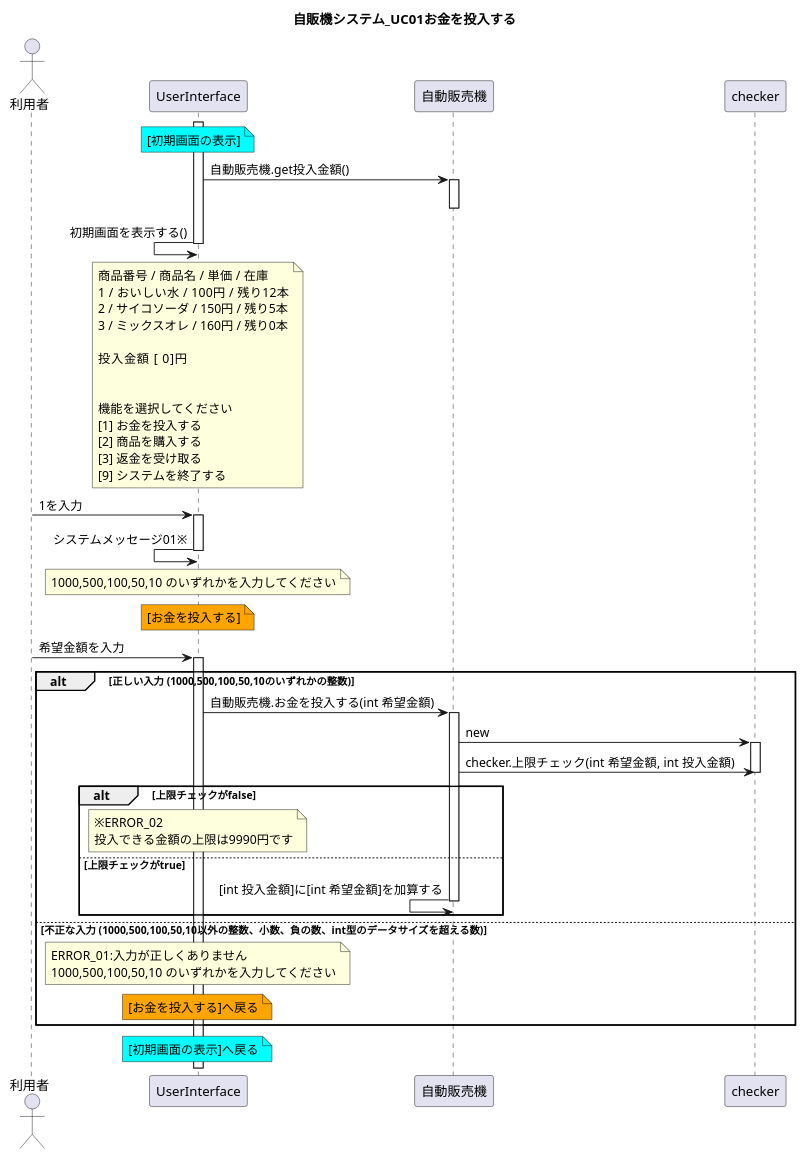
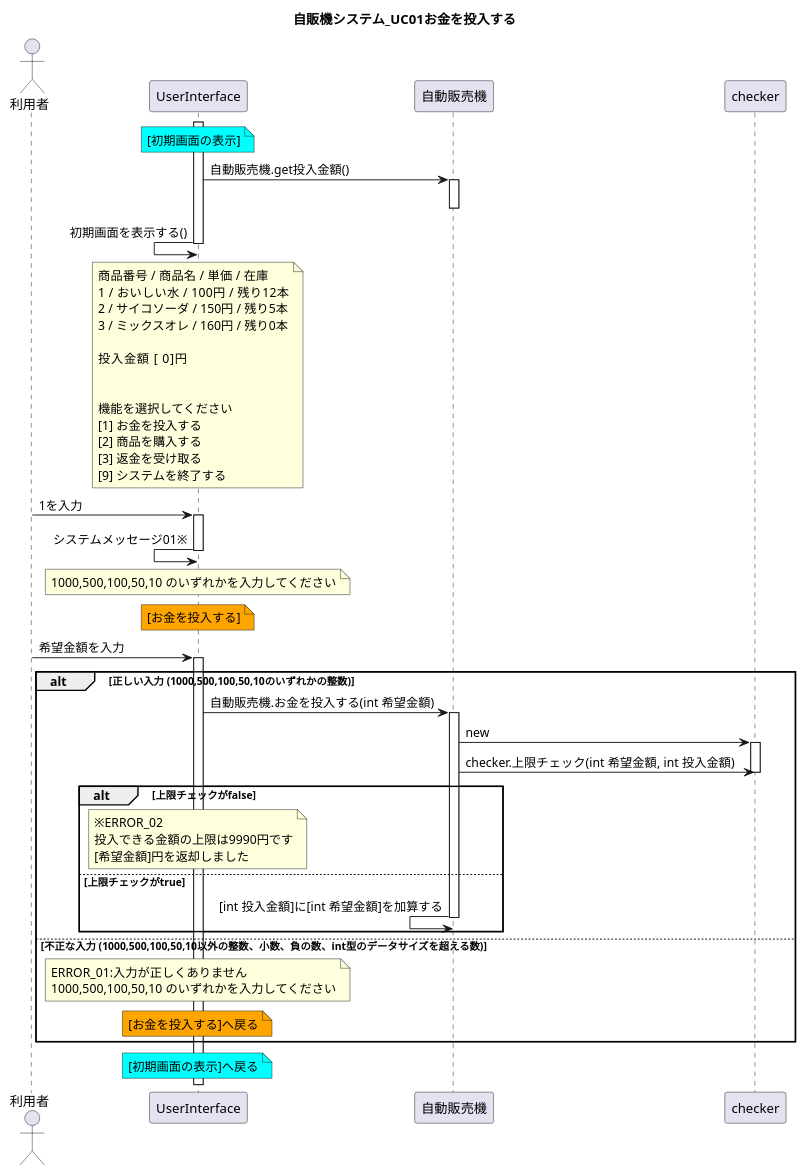
The diagram in UML_class_sequence/VendingMachine_sequence01.puml (W-Nakayama-24/VendingMachine_CUI), drawn with PlantUML before and after one commit. The commit also changed 1 other file, not shown here.

Commit message:
FIX sequence01_errorMessage02
【入力金額は正常だが、投入金額の上限を超える場合】 エラーの通知だけでなく、入力金額を返却したことを示す文言を追加
以上の修正をシーケンス図に反映

```diff
--- a/UML_class_sequence/VendingMachine_sequence01.puml
+++ b/UML_class_sequence/VendingMachine_sequence01.puml
@@ -1,91 +1,92 @@
 @startuml
 title 自販機システム_UC01お金を投入する
 
 actor 利用者
 
 activate UserInterface
 
 note over UserInterface #Cyan
 [初期画面の表示]
 end note
 UserInterface -> 自動販売機 : 自動販売機.get投入金額()
 activate 自動販売機
 deactivate 自動販売機
 UserInterface <- UserInterface : 初期画面を表示する()
     note over UserInterface
     商品番号 / 商品名 / 単価  / 在庫
     1 / おいしい水   / 100円 / 残り12本
     2 / サイコソーダ / 150円 / 残り5本
     3 / ミックスオレ / 160円 / 残り0本
 
     投入金額 [   0]円
 
 
     機能を選択してください
     [1] お金を投入する
     [2] 商品を購入する
     [3] 返金を受け取る
     [9] システムを終了する
     end note
 deactivate UserInterface
 
 
 利用者 -> UserInterface : 1を入力
 activate UserInterface
 
 
 UserInterface <- UserInterface : システムメッセージ01※
     note over UserInterface
     1000,500,100,50,10 のいずれかを入力してください
     end note
 deactivate UserInterface
 
 
 note over UserInterface #Orange
 [お金を投入する]
 end note
 利用者 -> UserInterface : 希望金額を入力
 '不正な入力はUIの段階で弾いておくべきではないか? 現実の自販機も異物は突っ込めない
 '自分で定めた条件や、sc.nextInt()の例外を拾う
 activate UserInterface
 
 alt 正しい入力 (1000,500,100,50,10のいずれかの整数)
 
 UserInterface -> 自動販売機 : 自動販売機.お金を投入する(int 希望金額)
 activate 自動販売機
 自動販売機 -> checker : new
 activate checker
 
 自動販売機 -> checker : checker.上限チェック(int 希望金額, int 投入金額)
 deactivate checker
 
 alt 上限チェックがfalse
 
     note over UserInterface
     ※ERROR_02
     投入できる金額の上限は9990円です
+    [希望金額]円を返却しました
     end note
 
 else 上限チェックがtrue
 自動販売機 <- 自動販売機 : [int 投入金額]に[int 希望金額]を加算する
 deactivate 自動販売機
 end
 
 
 
 else 不正な入力 (1000,500,100,50,10以外の整数、小数、負の数、int型のデータサイズを超える数)
     note over UserInterface
     ERROR_01:入力が正しくありません
     1000,500,100,50,10 のいずれかを入力してください
     end note
 
     note over UserInterface #Orange
     [お金を投入する]へ戻る
     end note
 end
 
 note over UserInterface #Cyan
 [初期画面の表示]へ戻る
 end note
 
 @enduml
```
